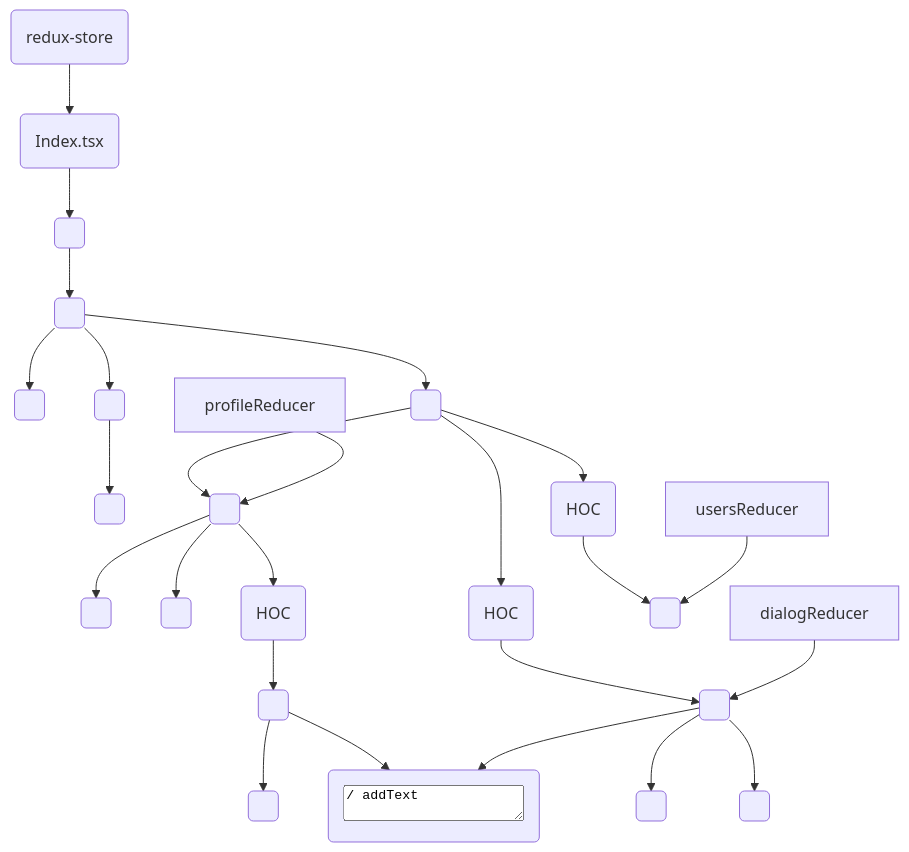
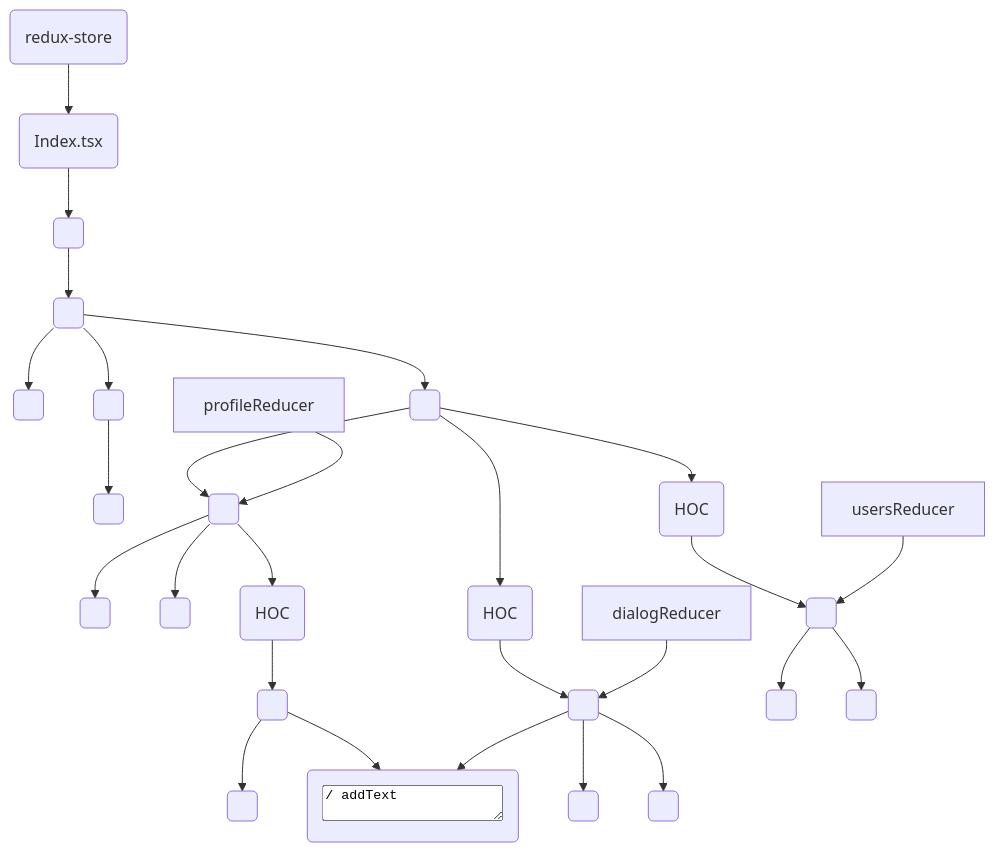
The diagram in project-structure.md (OlegPolishchuk/-samurai-way), drawn with Mermaid before and after one commit. The commit also changed 24 other files, not shown here.

````diff
--- a/project-structure.md
+++ b/project-structure.md
@@ -1,28 +1,30 @@
 ```mermaid
     graph TD;
         Redux(redux-store) --> Index(<Probider> Index.tsx </Provider>);
             Index --> Router(<BrowserRouter />)
                 Router --> App(<App />)
                     App --> Header(<Header />) 
                     App --> Navbar(<Navbar />)
                     Navbar --> NavLinks(<NavLinks>)
                     App --> Main(<Main />)
                     Main --> Profile(<Profile />)
                         Profile --> ProfileInfo(<ProfileInfo />)
                         Profile --> ProfilePhoto(<ProfilePhoto />)
                         Profile --> PostsContainer(<PostsContainer />HOC)
                             PostsContainer --> Posts(<Posts />)
                                 Posts --> Post(<Post />)
                                 Posts --> TextArea(<TextArea />/ addText)
                     Main --> DialogContainer(<DialogContainer />HOC)
                         DialogContainer --> Dialogs(<Dialogs />)
                             Dialogs --> DialogItem(<DialogItem />)
                             Dialogs --> Message(<Message />)
                             Dialogs --> TextArea
                     Main --> UsersContainer(<UsersContainer /> HOC)
                         UsersContainer --> Users(<Users />)
+                            Users --> Pagination(<Pagination />)
+                            Users --> Preloader(<Preloader/>)
                     dialogReducer --> Dialogs     
                     profileReducer --> Profile 
                     usersReducer --> Users      
         
 ```
````
